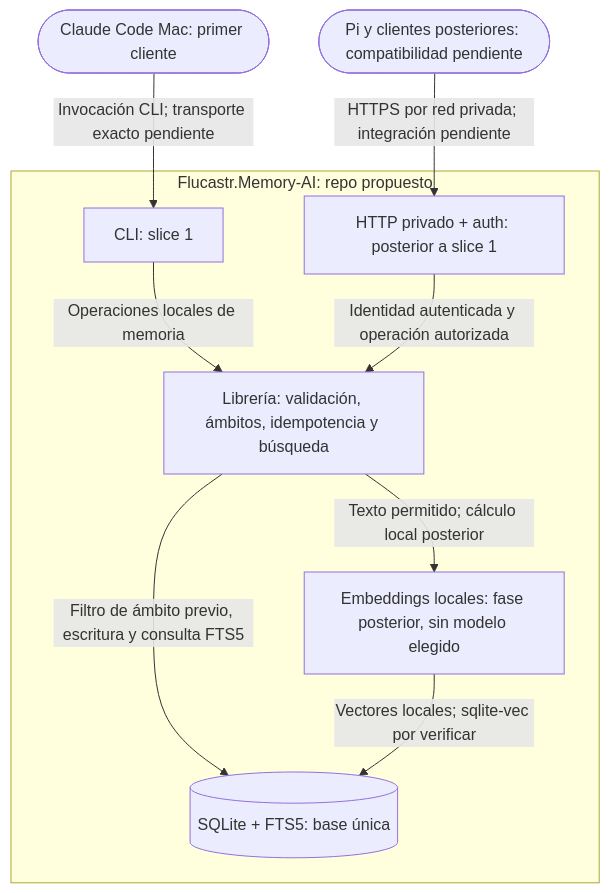
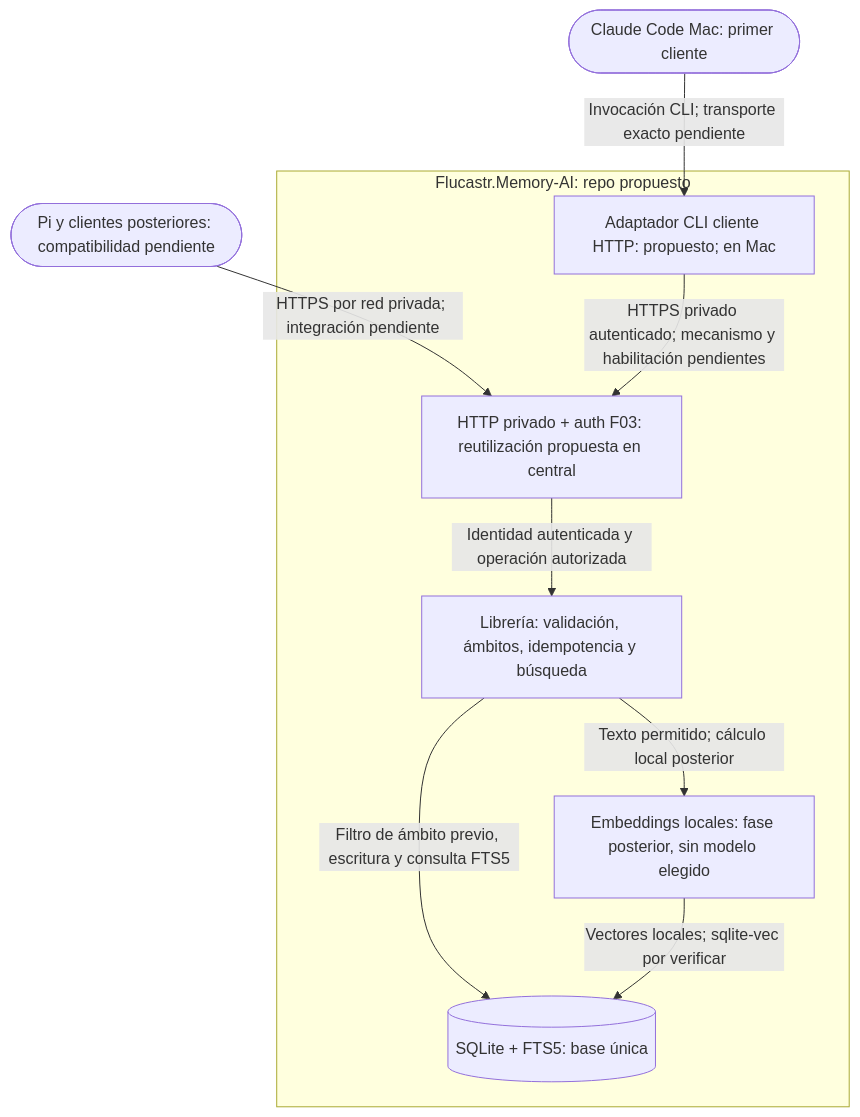
One commit to francolmc/Flucastr.Memory-AI changed the diagram in definitions/ARCHITECTURE.md. Above: the diagram before and after it, drawn with Mermaid. The commit also changed other lines of this file and 11 other files, not shown here.

````diff
--- a/definitions/ARCHITECTURE.md
+++ b/definitions/ARCHITECTURE.md
@@ -9,19 +9,19 @@
 ```mermaid
 flowchart TD
   CC(["Claude Code Mac: primer cliente"])
   OT(["Pi y clientes posteriores: compatibilidad pendiente"])
   subgraph R["Flucastr.Memory-AI: repo propuesto"]
-    CLI["CLI: slice 1"]
-    HTTP["HTTP privado + auth: posterior a slice 1"]
+    CLI["Adaptador CLI cliente HTTP: propuesto; en Mac"]
+    HTTP["HTTP privado + auth F03: reutilización propuesta en central"]
     CORE["Librería: validación, ámbitos, idempotencia y búsqueda"]
     DB[("SQLite + FTS5: base única")]
     EMB["Embeddings locales: fase posterior, sin modelo elegido"]
   end
   CC -->|"Invocación CLI; transporte exacto pendiente"| CLI
   OT -->|"HTTPS por red privada; integración pendiente"| HTTP
-  CLI -->|"Operaciones locales de memoria"| CORE
+  CLI -->|"HTTPS privado autenticado; mecanismo y habilitación pendientes"| HTTP
   HTTP -->|"Identidad autenticada y operación autorizada"| CORE
   CORE -->|"Filtro de ámbito previo, escritura y consulta FTS5"| DB
   CORE -->|"Texto permitido; cálculo local posterior"| EMB
   EMB -->|"Vectores locales; sqlite-vec por verificar"| DB
 ```
````
